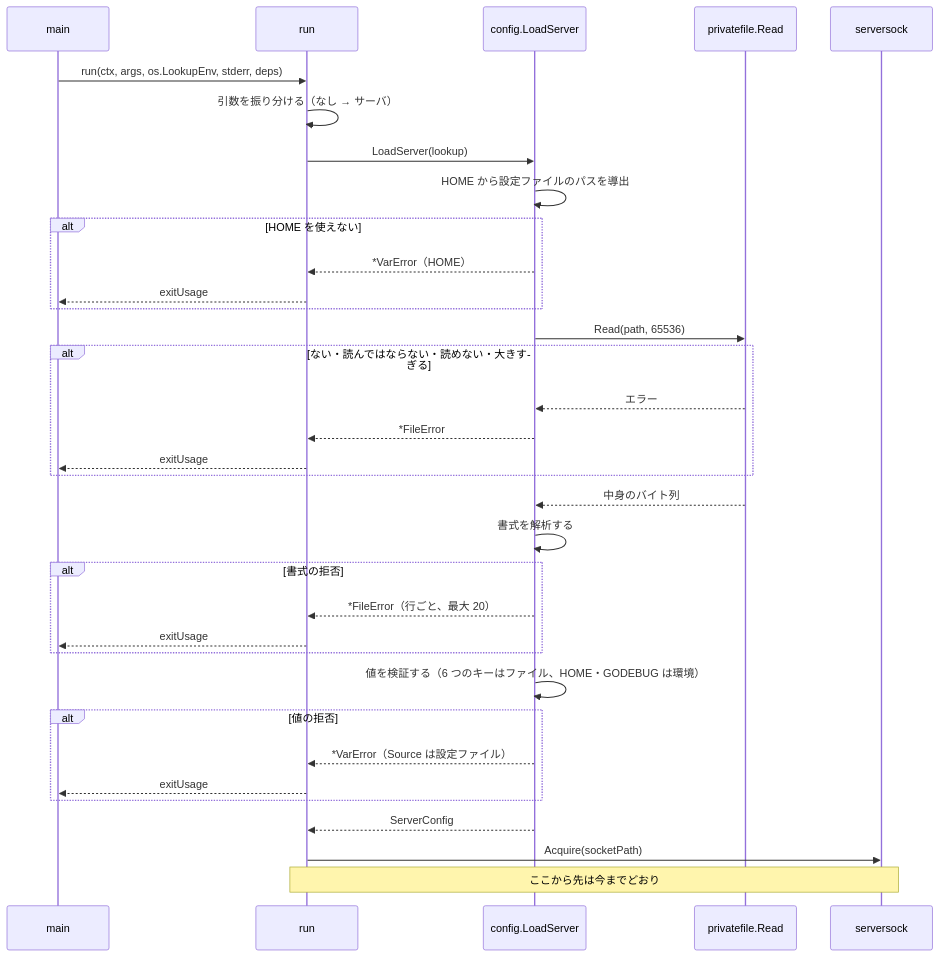
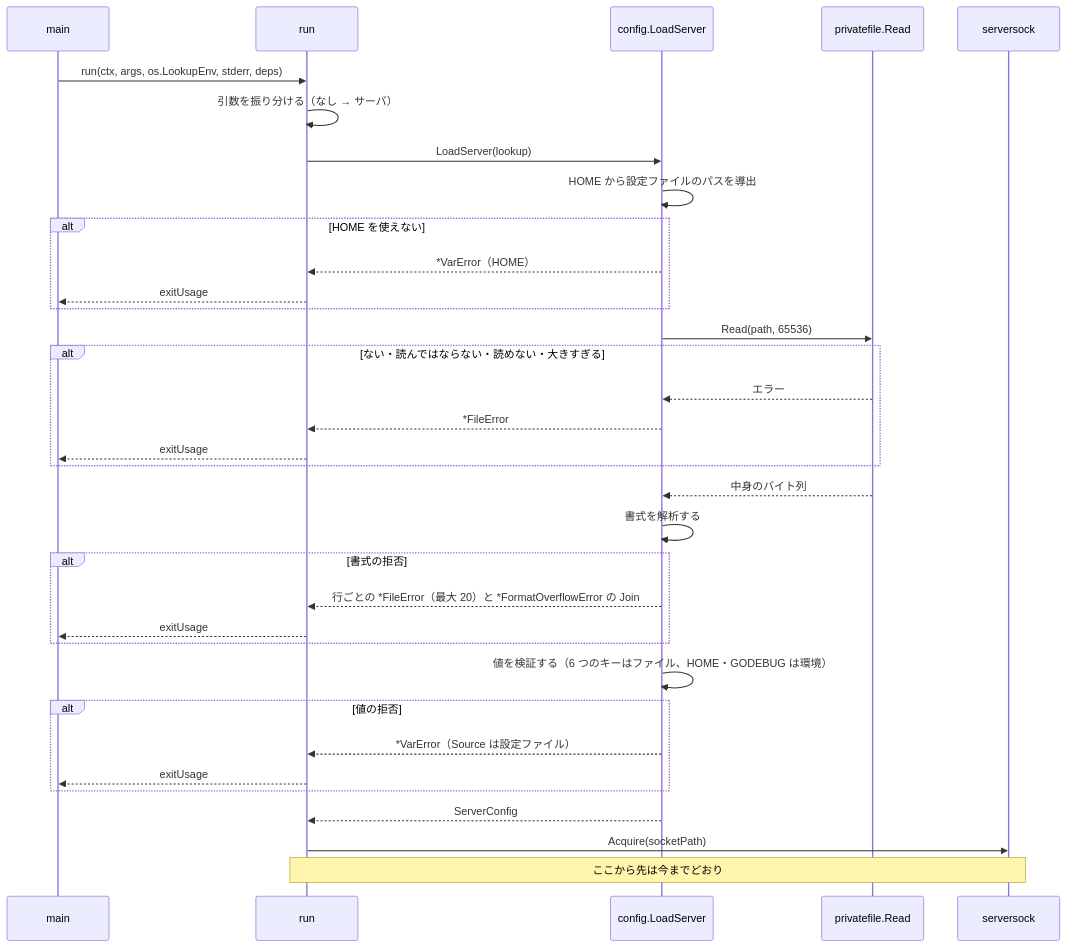
The fourth of 7 diagrams in docs/tasks/0066_server_config_file/02_architecture.md (isseis/yt2column), drawn with Mermaid before and after one commit. The commit also changed other lines of this file and 1 other file, not shown here.

First line of the commit message:
docs(0066): address the architecture review and the prose pass

````diff
--- a/docs/tasks/0066_server_config_file/02_architecture.md
+++ b/docs/tasks/0066_server_config_file/02_architecture.md
@@ -185,37 +193,37 @@
 ```mermaid
 sequenceDiagram
     participant M as main
     participant R as run
     participant C as config.LoadServer
     participant P as privatefile.Read
     participant S as serversock
 
     M->>R: run(ctx, args, os.LookupEnv, stderr, deps)
     R->>R: 引数を振り分ける（なし → サーバ）
     R->>C: LoadServer(lookup)
     C->>C: HOME から設定ファイルのパスを導出
     alt HOME を使えない
         C-->>R: *VarError（HOME）
         R-->>M: exitUsage
     end
     C->>P: Read(path, 65536)
     alt ない・読んではならない・読めない・大きすぎる
         P-->>C: エラー
         C-->>R: *FileError
         R-->>M: exitUsage
     end
     P-->>C: 中身のバイト列
     C->>C: 書式を解析する
     alt 書式の拒否
-        C-->>R: *FileError（行ごと、最大 20）
+        C-->>R: 行ごとの *FileError（最大 20）と *FormatOverflowError の Join
         R-->>M: exitUsage
     end
     C->>C: 値を検証する（6 つのキーはファイル、HOME・GODEBUG は環境）
     alt 値の拒否
         C-->>R: *VarError（Source は設定ファイル）
         R-->>M: exitUsage
     end
     C-->>R: ServerConfig
     R->>S: Acquire(socketPath)
     Note over R,S: ここから先は今までどおり
 ```
````
